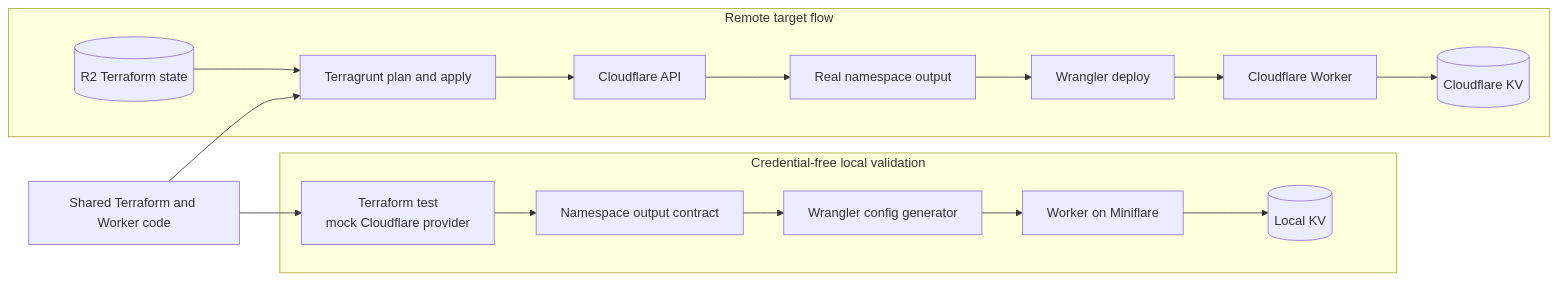
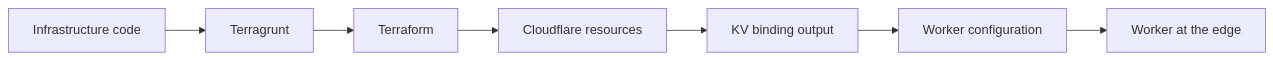
One commit to jfrz38/edgeflags changed the second of 2 diagrams in README.md. Above: the diagram before and after it, drawn with Mermaid. The commit also changed other lines of this file, not shown here.

````diff
--- a/README.md
+++ b/README.md
@@ -73,29 +76,9 @@
 ```mermaid
 flowchart LR
-  code[Shared Terraform and Worker code]
-
-  subgraph local[Credential-free local validation]
-    tfmock[Terraform test<br/>mock Cloudflare provider]
-    contract[Namespace output contract]
-    generator[Wrangler config generator]
-    worker[Worker on Miniflare]
-    localkv[(Local KV)]
-
-    tfmock --> contract --> generator --> worker --> localkv
-  end
-
-  subgraph remote[Remote target flow]
-    state[(R2 Terraform state)]
-    terragrunt[Terragrunt plan and apply]
-    cloudflare[Cloudflare API]
-    output[Real namespace output]
-    deploy[Wrangler deploy]
-    edge[Cloudflare Worker]
-    remotekv[(Cloudflare KV)]
-
-    state --> terragrunt --> cloudflare --> output --> deploy --> edge --> remotekv
-  end
-
-  code --> tfmock
-  code --> terragrunt
+    Source[Infrastructure code] --> Terragrunt
+    Terragrunt --> Terraform
+    Terraform --> Cloudflare[Cloudflare resources]
+    Cloudflare --> Output[KV binding output]
+    Output --> Config[Worker configuration]
+    Config --> Edge[Worker at the edge]
 ```
````
